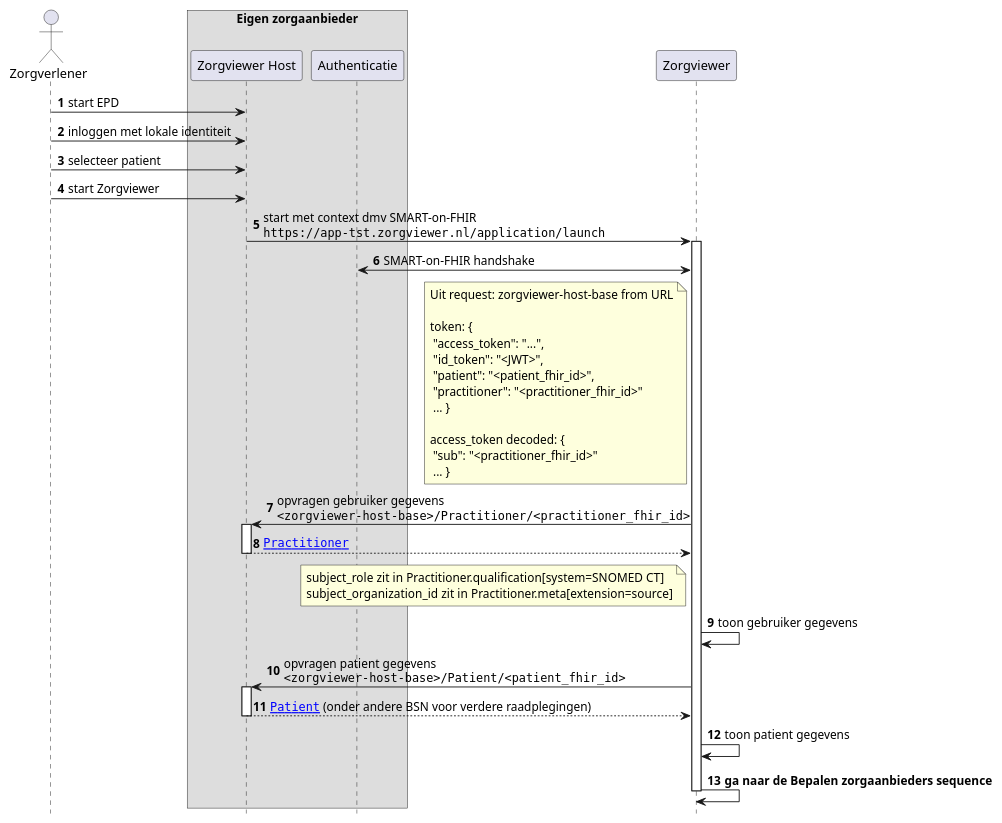
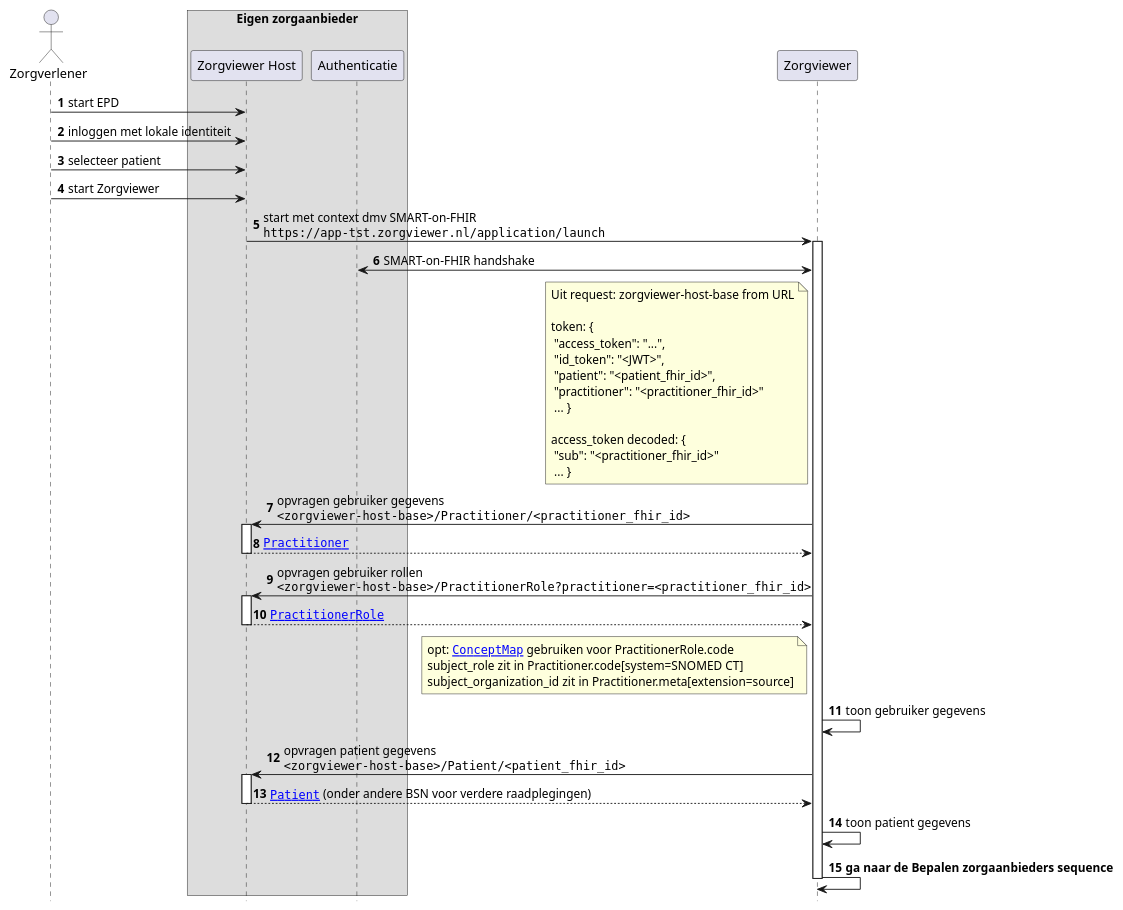
One commit to RIVO-Noord/zorgviewer-ig changed the diagram in input/images-source/Zorgviewer-seq-1-fhir.plantuml. Above: the diagram before and after it, drawn with PlantUML.

Commit message:
PractitionerRole weer toegevoegd

```diff
--- a/input/images-source/Zorgviewer-seq-1-fhir.plantuml
+++ b/input/images-source/Zorgviewer-seq-1-fhir.plantuml
@@ -1,53 +1,58 @@
 @startuml
 hide footbox
 autonumber
 
 actor Zorgverlener
 box "Eigen zorgaanbieder"
 participant "Zorgviewer Host" as Host
 participant Authenticatie
 end box
 participant Zorgviewer
 
 Zorgverlener->Host: start EPD
 Zorgverlener->Host: inloggen met lokale identiteit
 Zorgverlener->Host: selecteer patient
 Zorgverlener->Host: start Zorgviewer
 Host->Zorgviewer: start met context dmv SMART-on-FHIR \n""https://app-tst.zorgviewer.nl/application/launch""
 activate Zorgviewer
 Zorgviewer<->Authenticatie: SMART-on-FHIR handshake
 note left Zorgviewer
  Uit request: zorgviewer-host-base from URL
 
  token: {
   "access_token": "...",
   "id_token": "<JWT>",
   "patient": "<patient_fhir_id>",
   "practitioner": "<practitioner_fhir_id>"
   ... }
 
  access_token decoded: {
   "sub": "<practitioner_fhir_id>"
   ... }
 end note
 Zorgviewer->Host: opvragen gebruiker gegevens\n""<zorgviewer-host-base>/Practitioner/<practitioner_fhir_id>""
 activate Host
 Host-->Zorgviewer: ""[[StructureDefinition-Practitioner.html Practitioner]]""
+deactivate Host
+Zorgviewer->Host: opvragen gebruiker rollen\n""<zorgviewer-host-base>/PractitionerRole?practitioner=<practitioner_fhir_id>""
+activate Host
+Host-->Zorgviewer: ""[[StructureDefinition-PractitionerRole.html PractitionerRole]]""
 note left Zorgviewer
- subject_role zit in Practitioner.qualification[system=SNOMED CT]
+ opt: ""[[ConceptMap-epic-rolcode.html ConceptMap]]"" gebruiken voor PractitionerRole.code
+ subject_role zit in Practitioner.code[system=SNOMED CT]
  subject_organization_id zit in Practitioner.meta[extension=source]
 end note
 deactivate Host
 Zorgviewer->Zorgviewer: toon gebruiker gegevens
 
 Zorgviewer->Host: opvragen patient gegevens\n""<zorgviewer-host-base>/Patient/<patient_fhir_id>""
 activate Host
 Host-->Zorgviewer: ""[[StructureDefinition-Patient.html Patient]]"" (onder andere BSN voor verdere raadplegingen)
 deactivate Host
 Zorgviewer->Zorgviewer: toon patient gegevens
 
 Zorgviewer->Zorgviewer: **ga naar de Bepalen zorgaanbieders sequence**
 
 deactivate Zorgviewer
 
 @enduml
```
